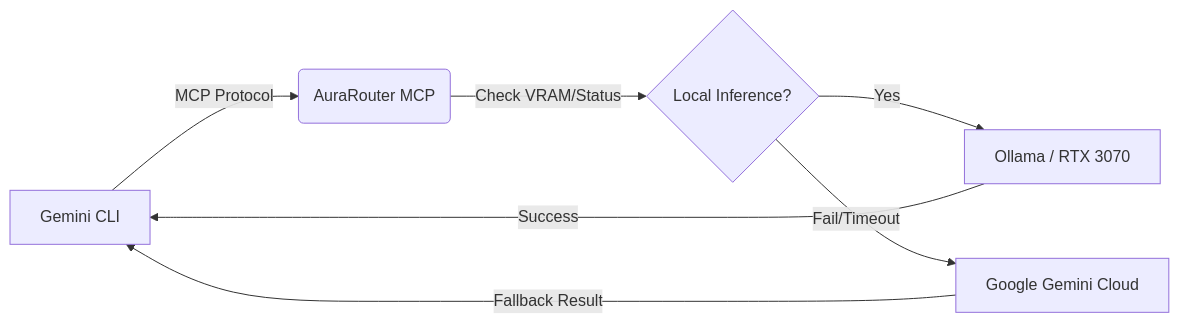
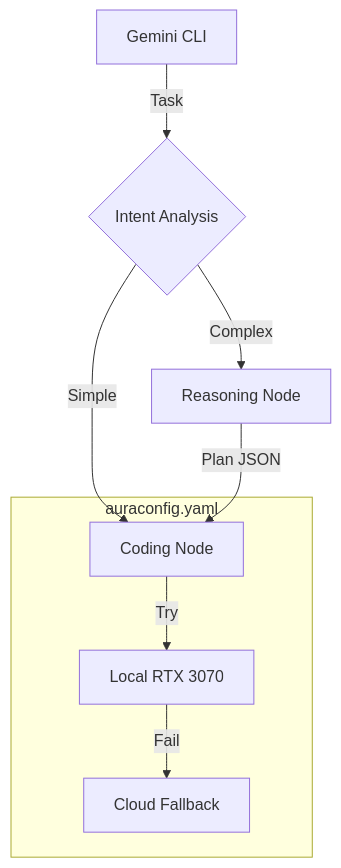
Before and after one commit to AuraCoreDynamics/aurarouter: the diagram in README.md, drawn with Mermaid. The commit also changed other lines of this file and 4 other files, not shown here.

````diff
--- a/README.md
+++ b/README.md
@@ -14,10 +19,13 @@
 ```mermaid
-graph LR
-    A[Gemini CLI] -->|MCP Protocol| B(AuraRouter MCP)
-    B -->|Check VRAM/Status| C{Local Inference?}
-    C -->|Yes| D[Ollama / RTX 3070]
-    D -->|Success| A
-    C -->|Fail/Timeout| E[Google Gemini Cloud]
-    E -->|Fallback Result| A
+graph TD
+    User[Gemini CLI] -->|Task| Router{Intent Analysis}
+    Router -->|Simple| Worker[Coding Node]
+    Router -->|Complex| Architect[Reasoning Node]
+    Architect -->|Plan JSON| Worker
+    
+    subgraph Compute Fabric [auraconfig.yaml]
+        Worker -->|Try| Node1[Local RTX 3070]
+        Node1 -->|Fail| Node2[Cloud Fallback]
+    end
 
 ```
````
